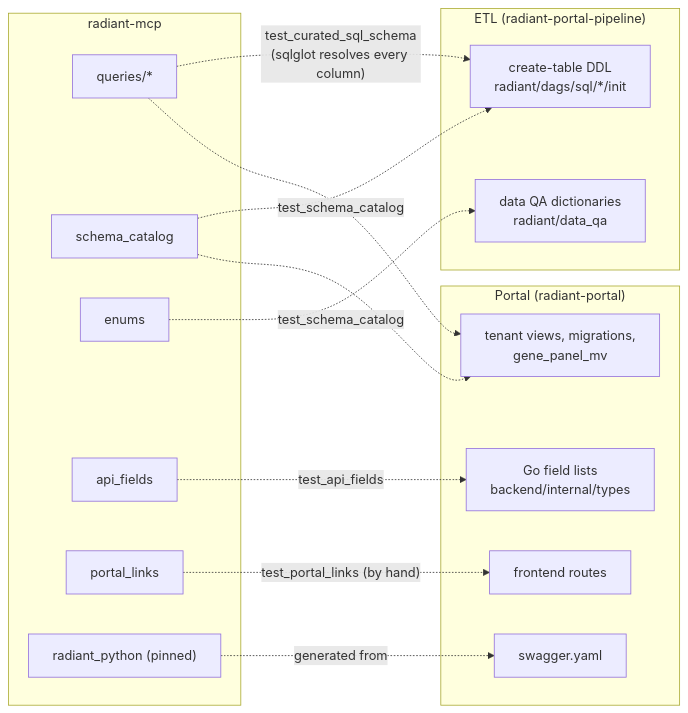
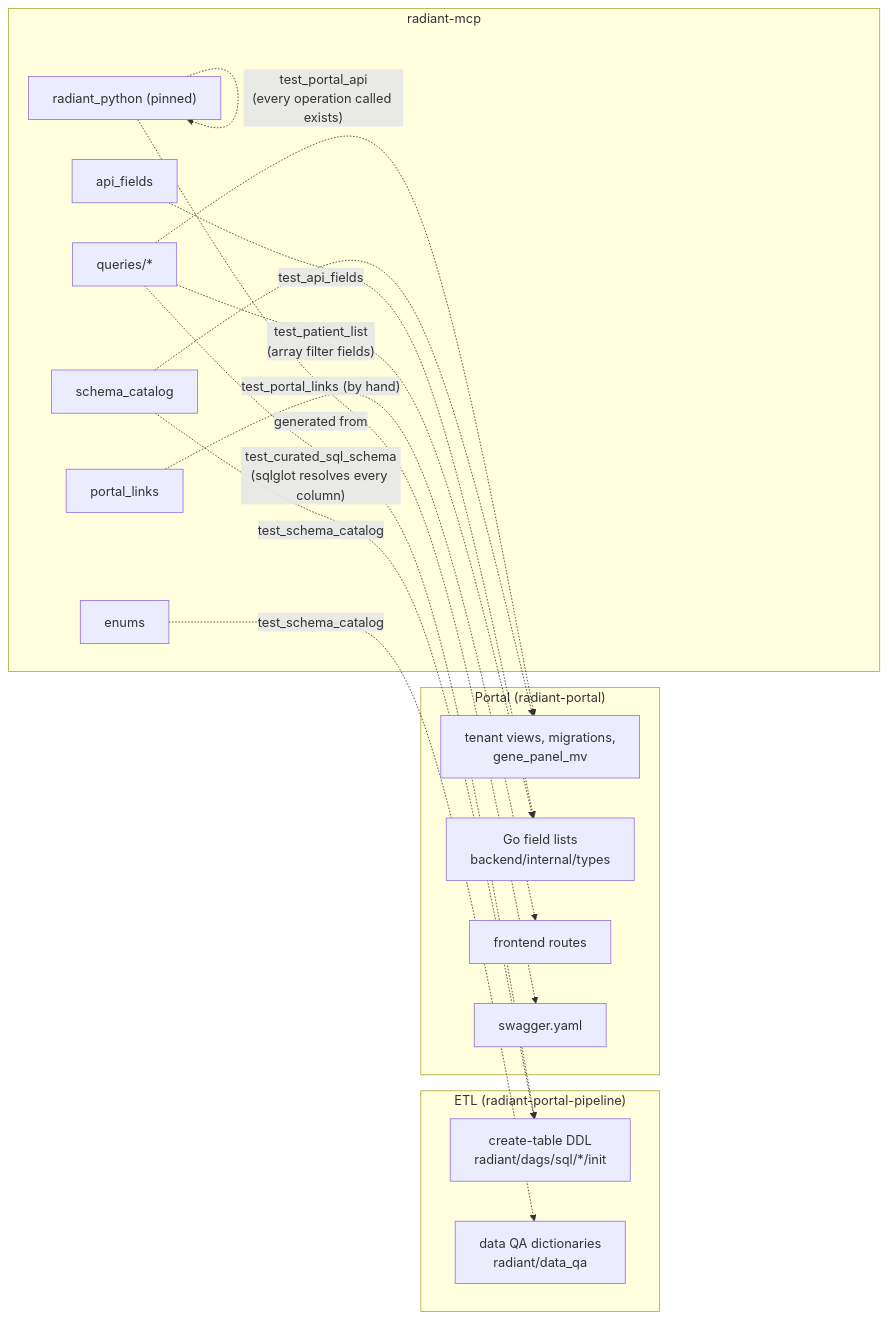
One commit to radiant-network/radiant-mcp changed the fifth of 5 diagrams in docs/developer-guide.md. Above: the diagram before and after it, drawn with Mermaid. The commit also changed other lines of this file and 12 other files, not shown here.

````diff
--- a/docs/developer-guide.md
+++ b/docs/developer-guide.md
@@ -227,30 +227,32 @@
 ```mermaid
 flowchart LR
     subgraph etl["ETL (radiant-portal-pipeline)"]
         ddl["create-table DDL<br/>radiant/dags/sql/*/init"]
         qa["data QA dictionaries<br/>radiant/data_qa"]
     end
     subgraph portal["Portal (radiant-portal)"]
         views["tenant views, migrations,<br/>gene_panel_mv"]
         types["Go field lists<br/>backend/internal/types"]
         routes["frontend routes"]
         swagger["swagger.yaml"]
     end
     subgraph mcp["radiant-mcp"]
         queries2["queries/*"]
         catalog["schema_catalog"]
         enums2["enums"]
         fields["api_fields"]
         links["portal_links"]
         client["radiant_python (pinned)"]
     end
 
     queries2 -. "test_curated_sql_schema<br/>(sqlglot resolves every column)" .-> ddl
     queries2 -.-> views
     catalog -. "test_schema_catalog" .-> ddl
     catalog -.-> views
     enums2 -. "test_schema_catalog" .-> qa
     fields -. "test_api_fields" .-> types
+    queries2 -. "test_patient_list<br/>(array filter fields)" .-> types
     links -. "test_portal_links (by hand)" .-> routes
     client -. "generated from" .-> swagger
+    client -. "test_portal_api<br/>(every operation called exists)" .-> client
 ```
````
